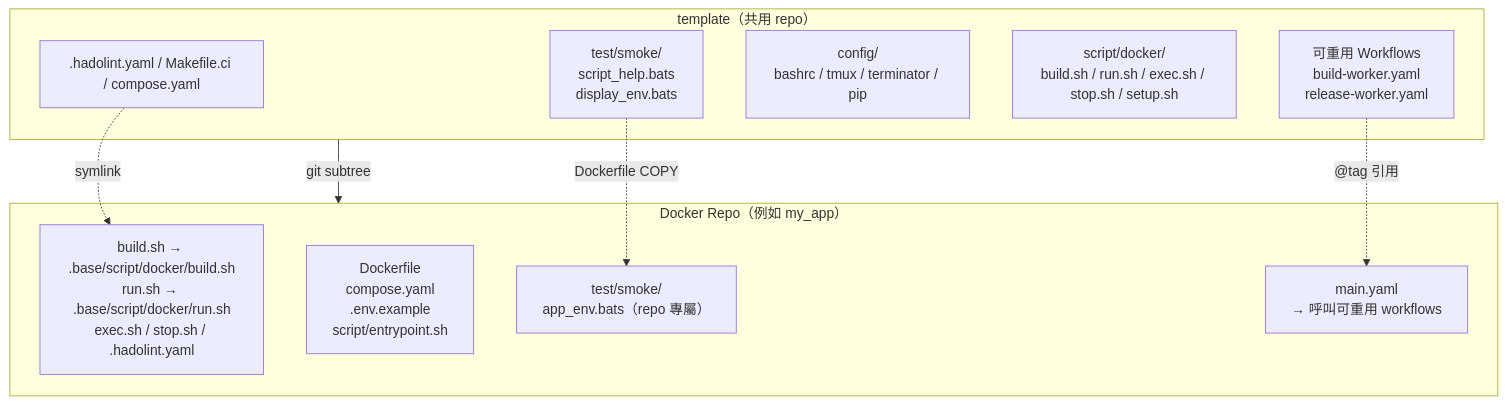
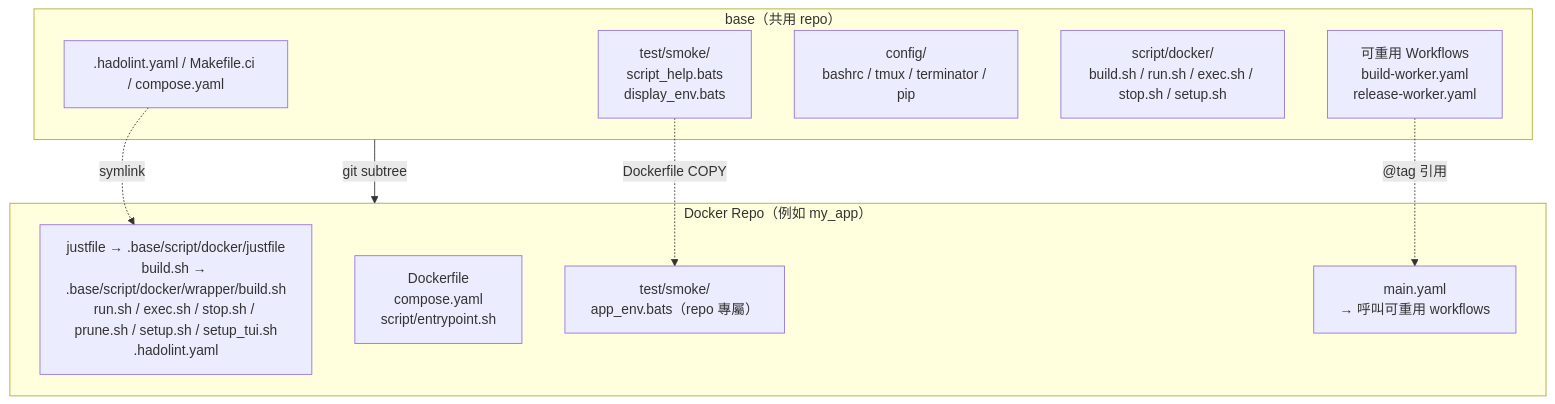
Before and after one commit to ycpss91255-docker/codex_cli: the first of 2 diagrams in .base/doc/readme/README.zh-TW.md, drawn with Mermaid. The commit also changed other lines of this file and 137 other files, not shown here.

First line of the commit message:
chore: upgrade .base subtree to v0.41.0 (#59)

````diff
--- a/.base/doc/readme/README.zh-TW.md
+++ b/.base/doc/readme/README.zh-TW.md
@@ -56,22 +56,22 @@
 ```mermaid
 graph TB
-    subgraph template["template（共用 repo）"]
+    subgraph base["base（共用 repo）"]
         scripts[".hadolint.yaml / Makefile.ci / compose.yaml"]
         smoke["test/smoke/<br/>script_help.bats<br/>display_env.bats"]
         config["config/<br/>bashrc / tmux / terminator / pip"]
         mgmt["script/docker/<br/>build.sh / run.sh / exec.sh / stop.sh / setup.sh"]
         workflows["可重用 Workflows<br/>build-worker.yaml<br/>release-worker.yaml"]
     end
 
     subgraph consumer["Docker Repo（例如 my_app）"]
-        symlinks["build.sh → .base/script/docker/build.sh<br/>run.sh → .base/script/docker/run.sh<br/>exec.sh / stop.sh / .hadolint.yaml"]
-        dockerfile["Dockerfile<br/>compose.yaml<br/>.env.example<br/>script/entrypoint.sh"]
+        symlinks["justfile → .base/script/docker/justfile<br/>build.sh → .base/script/docker/wrapper/build.sh<br/>run.sh / exec.sh / stop.sh / prune.sh / setup.sh / setup_tui.sh<br/>.hadolint.yaml"]
+        dockerfile["Dockerfile<br/>compose.yaml<br/>script/entrypoint.sh"]
         repo_test["test/smoke/<br/>app_env.bats（repo 專屬）"]
         main_yaml["main.yaml<br/>→ 呼叫可重用 workflows"]
     end
 
-    template -- "git subtree" --> consumer
+    base -- "git subtree" --> consumer
     scripts -. "symlink" .-> symlinks
     smoke -. "Dockerfile COPY" .-> repo_test
     workflows -. "@tag 引用" .-> main_yaml
 ```
````
